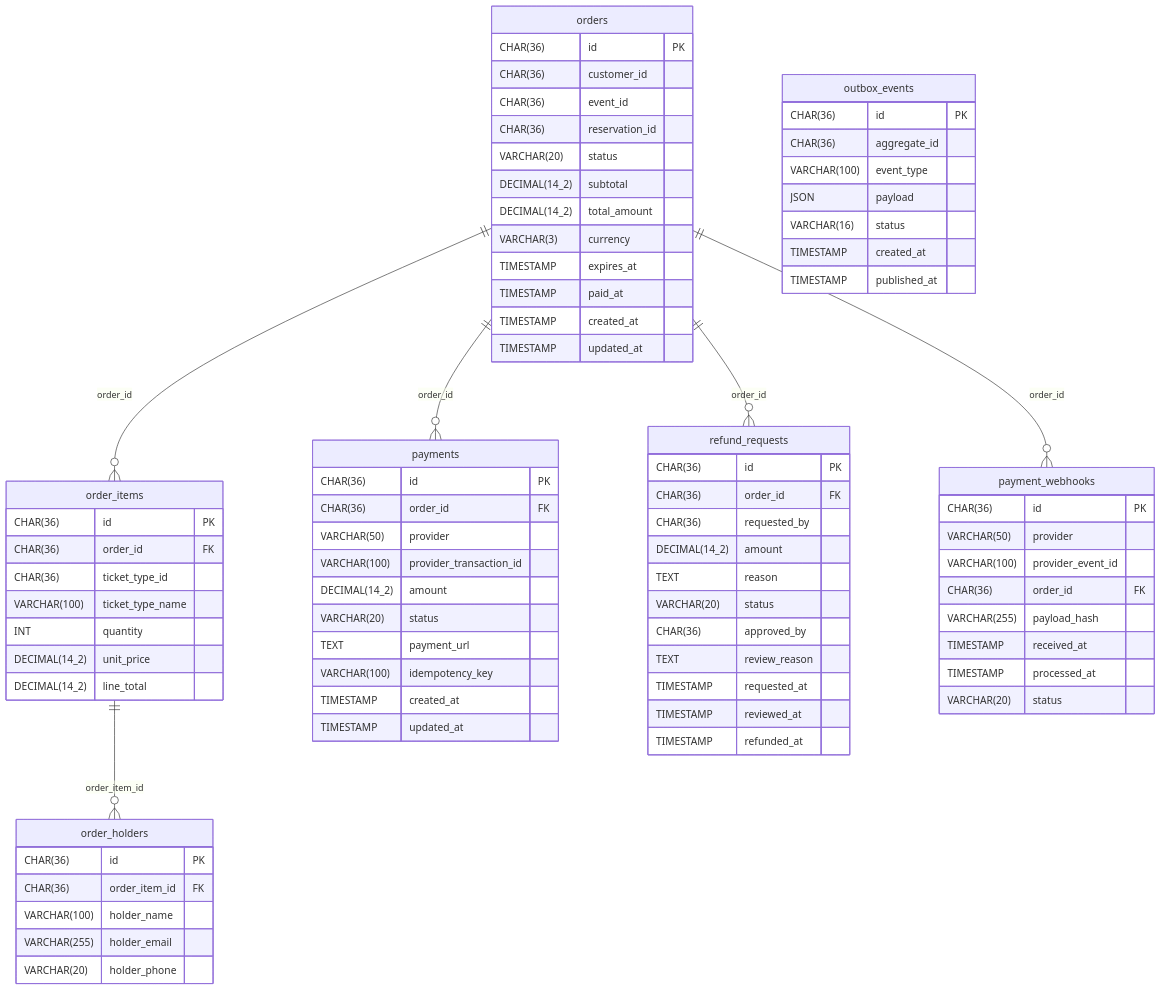
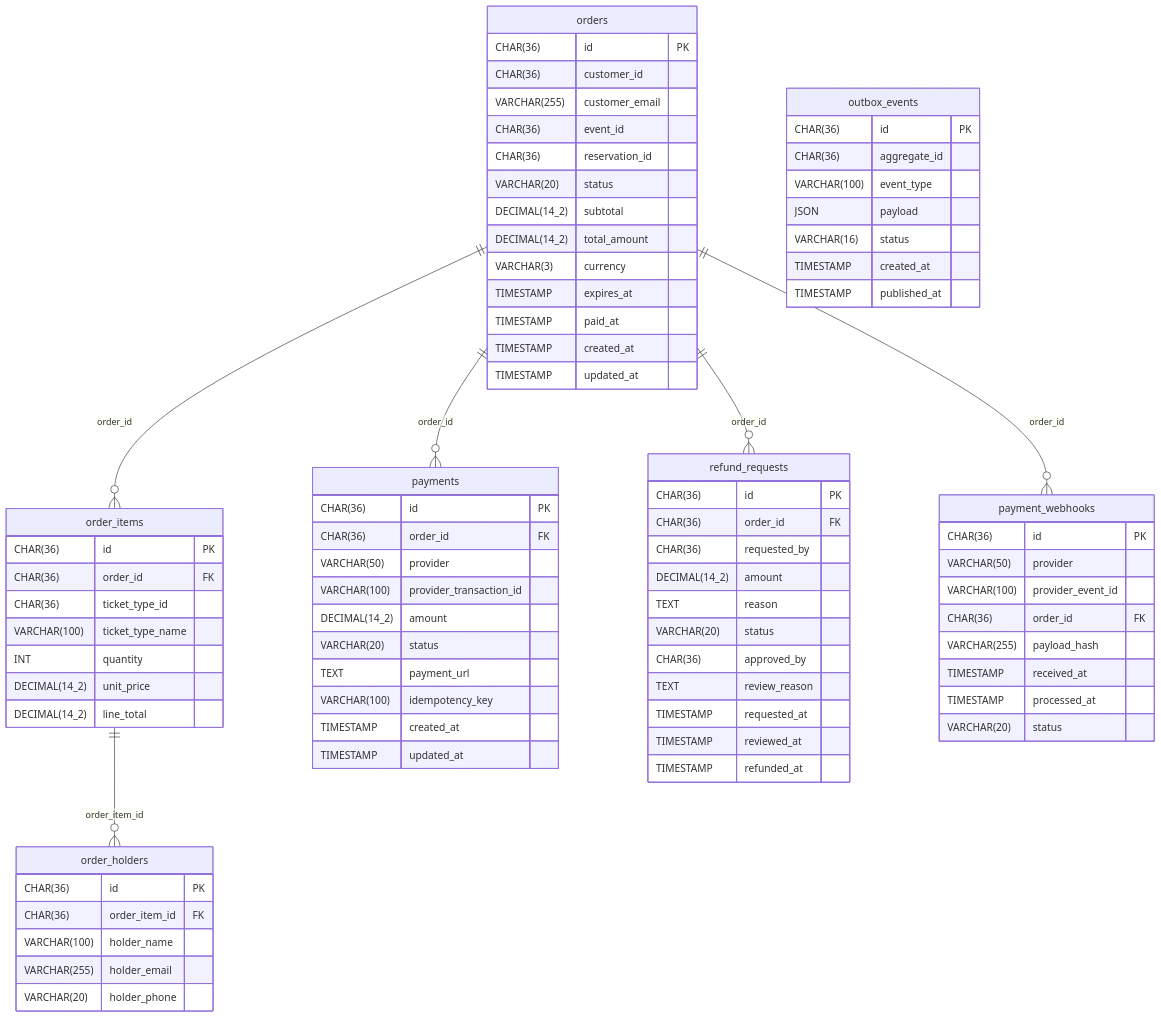
One commit to duymk123/EventHub changed the diagram in docs/database/order-service/erd.md. Above: the diagram before and after it, drawn with Mermaid. The commit also changed 5 other files, not shown here.

```diff
--- a/docs/database/order-service/erd.md
+++ b/docs/database/order-service/erd.md
@@ -16,6 +16,7 @@
   orders {
     CHAR(36) id PK
     CHAR(36) customer_id
+    VARCHAR(255) customer_email
     CHAR(36) event_id
     CHAR(36) reservation_id
     VARCHAR(20) status
```
